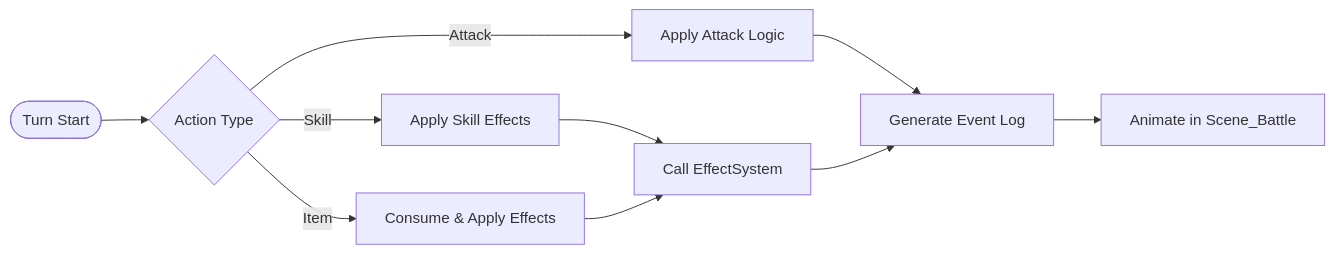
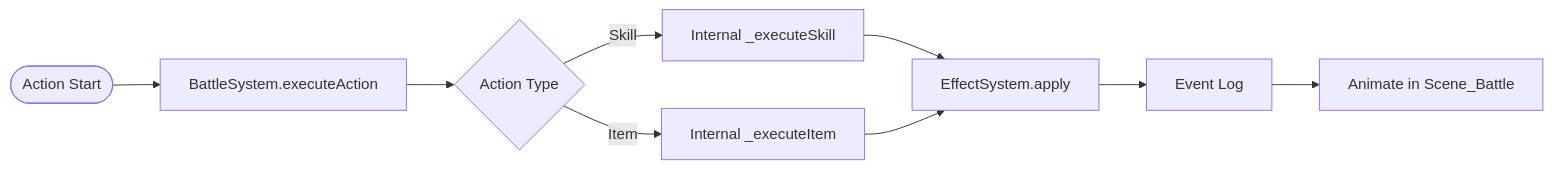
One commit to JosephSerUSP/Stillnight-Win3.1 changed the second of 2 diagrams in doc/ARCHITECTURE.md. Above: the diagram before and after it, drawn with Mermaid. The commit also changed other lines of this file and 2 other files, not shown here.

Commit message:
Update documentation to reflect current architecture and deprecate Game_Action in battle

````diff
--- a/doc/ARCHITECTURE.md
+++ b/doc/ARCHITECTURE.md
@@ -155,14 +156,13 @@
 ```mermaid
 flowchart LR
-    Start([Turn Start]) --> Select{Action Type}
-    Select -->|Attack| Atk[Apply Attack Logic]
-    Select -->|Skill| Skill[Apply Skill Effects]
-    Select -->|Item| Item[Consume & Apply Effects]
+    Start([Action Start]) --> Exec[BattleSystem.executeAction]
+    Exec --> Select{Action Type}
+    Select -->|Skill| Skill[Internal _executeSkill]
+    Select -->|Item| Item[Internal _executeItem]
 
-    Atk --> Events[Generate Event Log]
-    Skill --> EffectSys[Call EffectSystem]
+    Skill --> EffectSys[EffectSystem.apply]
     Item --> EffectSys
 
-    EffectSys --> Events
+    EffectSys --> Events[Event Log]
     Events --> UI[Animate in Scene_Battle]
 ```
````
